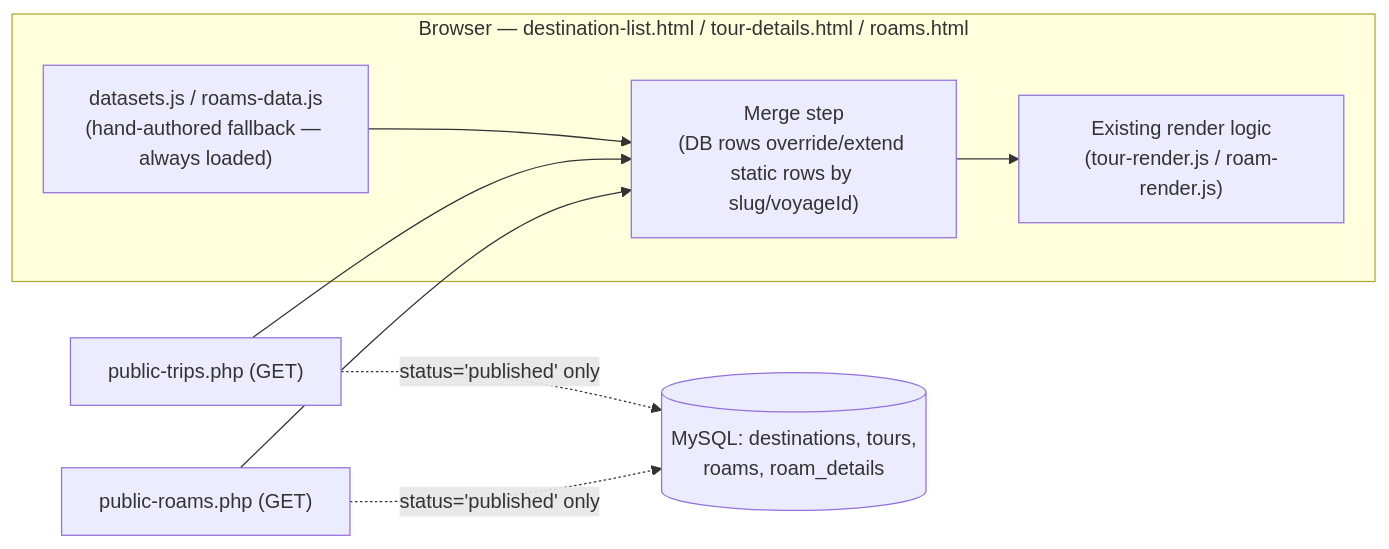
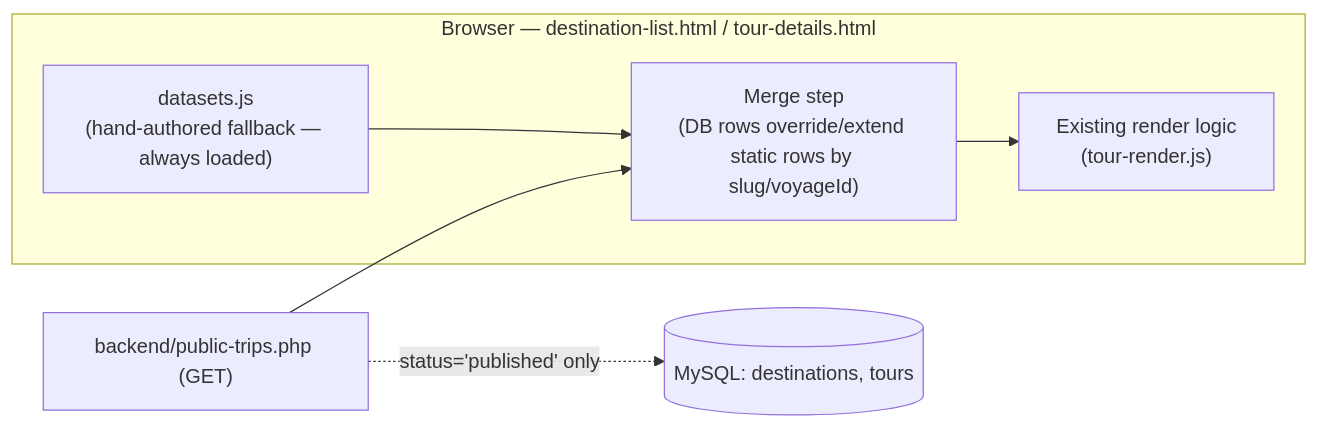
Before and after one commit to Kloud141/laughing-octo-doodle: the first of 4 diagrams in README.md, drawn with Mermaid. The commit also changed other lines of this file, not shown here.

First line of the commit message:
Revise README for ROAMS and TRIPS architecture clarity

````diff
--- a/README.md
+++ b/README.md
@@ -162,18 +241,15 @@
 ```mermaid
 flowchart LR
-    subgraph Browser["Browser — destination-list.html / tour-details.html / roams.html"]
-        STATIC["datasets.js / roams-data.js<br/>(hand-authored fallback — always loaded)"]
+    subgraph Browser["Browser — destination-list.html / tour-details.html"]
+        STATIC["datasets.js<br/>(hand-authored fallback — always loaded)"]
         MERGE["Merge step<br/>(DB rows override/extend static rows by slug/voyageId)"]
-        RENDER["Existing render logic<br/>(tour-render.js / roam-render.js)"]
+        RENDER["Existing render logic<br/>(tour-render.js)"]
     end
-    PHP1["public-trips.php (GET)"]
-    PHP2["public-roams.php (GET)"]
-    DB[("MySQL: destinations, tours,<br/>roams, roam_details")]
+    PHP1["backend/public-trips.php (GET)"]
+    DB[("MySQL: destinations, tours")]
 
     STATIC --> MERGE
     PHP1 --> MERGE
-    PHP2 --> MERGE
     MERGE --> RENDER
     PHP1 -. "status='published' only" .-> DB
-    PHP2 -. "status='published' only" .-> DB
 ```
````
